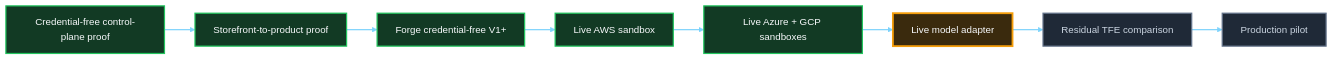
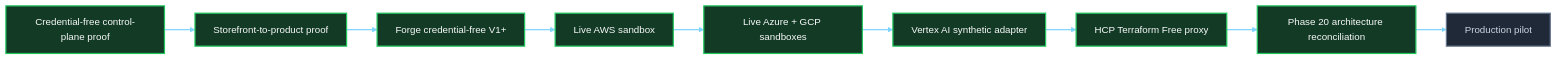
The seventh of 7 diagrams in README.md (SAABOLImpactVenture/ai-powered-infrastructure-as-a-product), drawn with Mermaid (base theme) before and after one commit. The commit also changed other lines of this file and 4 other files, not shown here.

First line of the commit message:
Phase 20: reconcile accepted Forge architecture evidence

````diff
--- a/README.md
+++ b/README.md
@@ -618,18 +618,17 @@
 ```mermaid
 flowchart LR
   G0[Credential-free control-plane proof] --> G1[Storefront-to-product proof]
   G1 --> G2[Forge credential-free V1+]
   G2 --> G3[Live AWS sandbox]
   G3 --> G4[Live Azure + GCP sandboxes]
-  G4 --> G5[Live model adapter]
-  G5 --> G6[Residual TFE comparison]
-  G6 --> G7[Production pilot]
+  G4 --> G5[Vertex AI synthetic adapter]
+  G5 --> G6[HCP Terraform Free proxy]
+  G6 --> G7[Phase 20 architecture reconciliation]
+  G7 --> G8[Production pilot]
 
   classDef complete fill:#123A24,stroke:#22C55E,stroke-width:2px,color:#F8FAFC
-  classDef next fill:#3A2A0D,stroke:#F59E0B,stroke-width:3px,color:#F8FAFC
   classDef future fill:#1F2937,stroke:#64748B,stroke-width:2px,color:#CBD5E1
-  class G0,G1,G2,G3,G4 complete
-  class G5 next
-  class G6,G7 future
+  class G0,G1,G2,G3,G4,G5,G6,G7 complete
+  class G8 future
   linkStyle default stroke:#7DD3FC,stroke-width:2px
 ```
````
